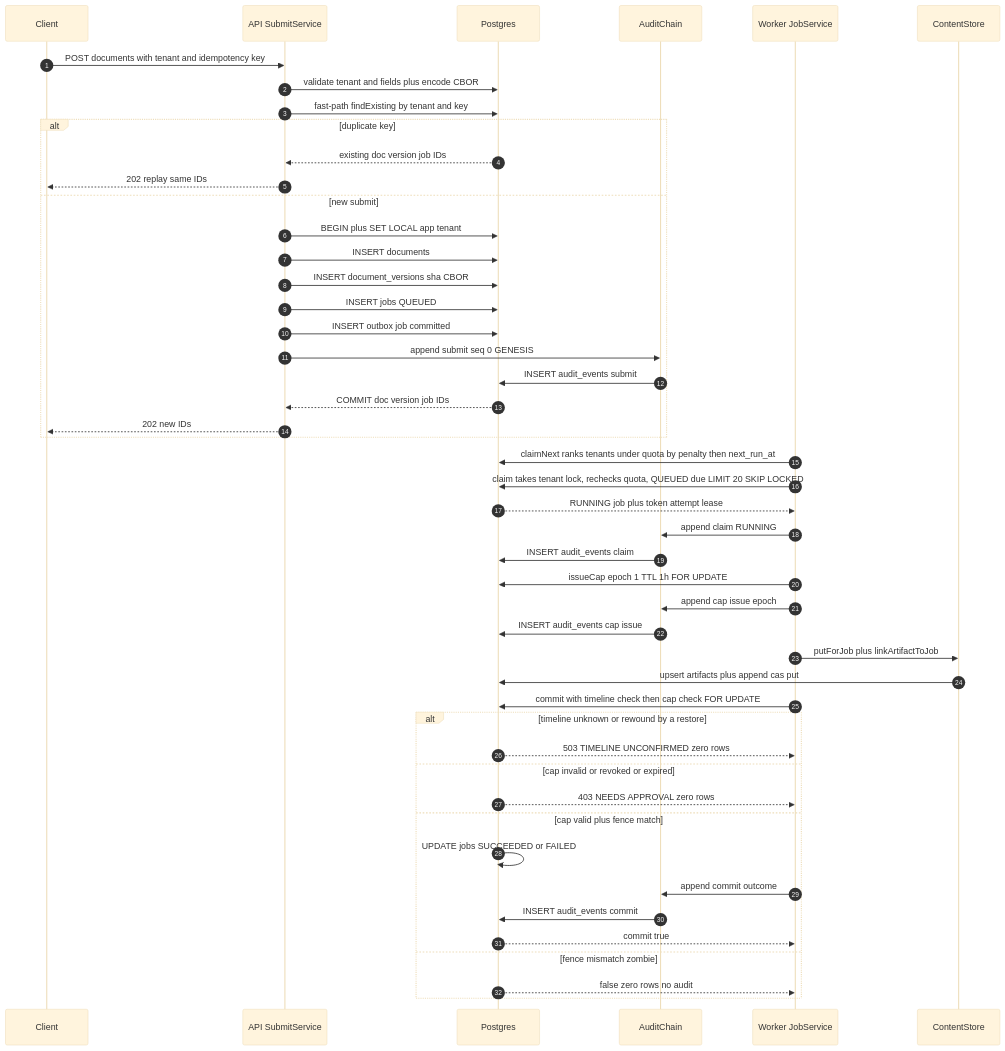
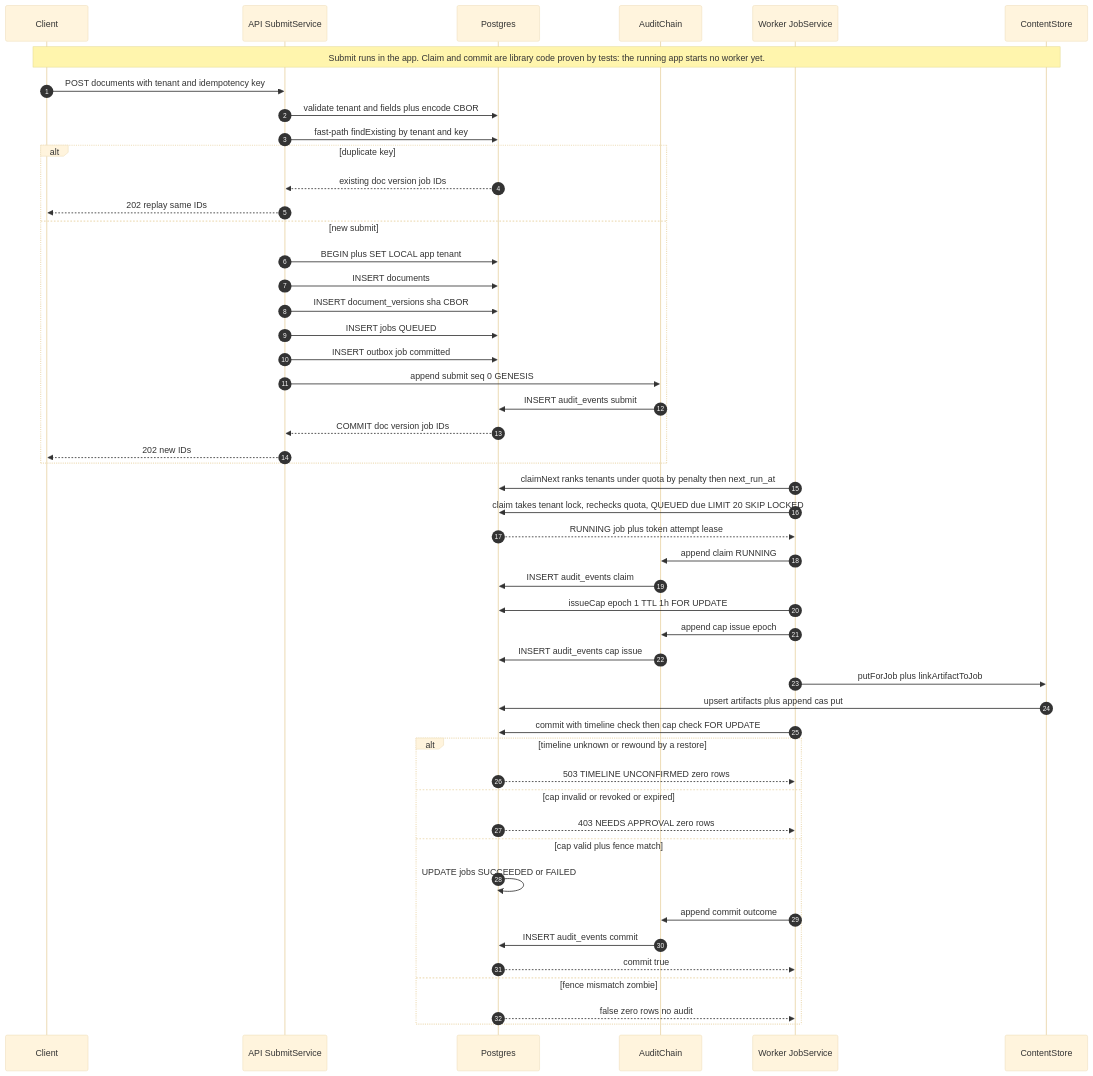
Before and after one commit to G1DO/anvil: the diagram in docs/architecture/flow-submit-claim-commit.mmd, drawn with Mermaid (base theme). The commit also changed 10 other files, not shown here.

First line of the commit message:
Correct what the docs say about running code, tests and risks

```diff
--- a/docs/architecture/flow-submit-claim-commit.mmd
+++ b/docs/architecture/flow-submit-claim-commit.mmd
@@ -1,48 +1,49 @@
 sequenceDiagram
     autonumber
     participant C as Client
     participant A as API SubmitService
     participant D as Postgres
     participant U as AuditChain
     participant W as Worker JobService
     participant S as ContentStore
+    Note over C,S: Submit runs in the app. Claim and commit are library code proven by tests: the running app starts no worker yet.
     C->>A: POST documents with tenant and idempotency key
     A->>D: validate tenant and fields plus encode CBOR
     A->>D: fast-path findExisting by tenant and key
     alt duplicate key
         D-->>A: existing doc version job IDs
         A-->>C: 202 replay same IDs
     else new submit
         A->>D: BEGIN plus SET LOCAL app tenant
         A->>D: INSERT documents
         A->>D: INSERT document_versions sha CBOR
         A->>D: INSERT jobs QUEUED
         A->>D: INSERT outbox job committed
         A->>U: append submit seq 0 GENESIS
         U->>D: INSERT audit_events submit
         D-->>A: COMMIT doc version job IDs
         A-->>C: 202 new IDs
     end
     W->>D: claimNext ranks tenants under quota by penalty then next_run_at
     W->>D: claim takes tenant lock, rechecks quota, QUEUED due LIMIT 20 SKIP LOCKED
     D-->>W: RUNNING job plus token attempt lease
     W->>U: append claim RUNNING
     U->>D: INSERT audit_events claim
     W->>D: issueCap epoch 1 TTL 1h FOR UPDATE
     W->>U: append cap issue epoch
     U->>D: INSERT audit_events cap issue
     W->>S: putForJob plus linkArtifactToJob
     S->>D: upsert artifacts plus append cas put
     W->>D: commit with timeline check then cap check FOR UPDATE
     alt timeline unknown or rewound by a restore
         D-->>W: 503 TIMELINE UNCONFIRMED zero rows
     else cap invalid or revoked or expired
         D-->>W: 403 NEEDS APPROVAL zero rows
     else cap valid plus fence match
         D->>D: UPDATE jobs SUCCEEDED or FAILED
         W->>U: append commit outcome
         U->>D: INSERT audit_events commit
         D-->>W: commit true
     else fence mismatch zombie
         D-->>W: false zero rows no audit
     end
```
